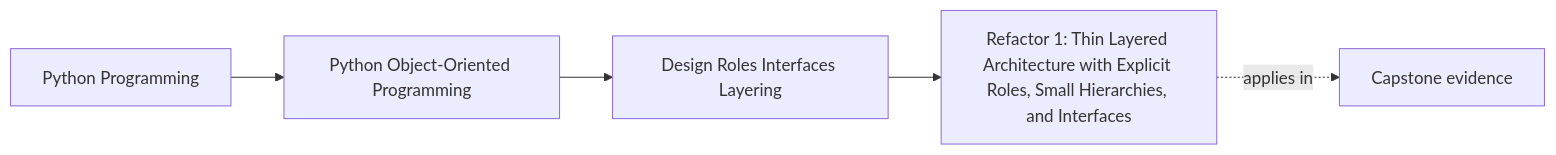
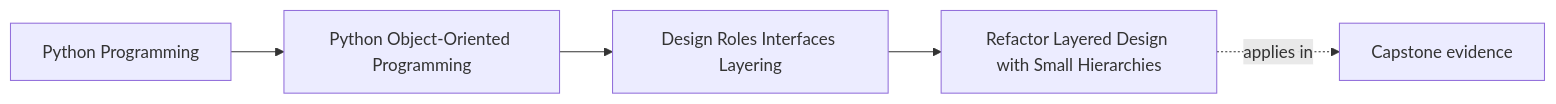
Before and after one commit to bijux/bijux-masterclass: the first of 2 diagrams in programs/python-programming/python-object-oriented-programming/course-book/module-02-design-roles-interfaces-layering/refactor-layered-design-with-small-hierarchies.md, drawn with Mermaid. The commit also changed other lines of this file, not shown here.

````diff
--- a/programs/python-programming/python-object-oriented-programming/course-book/module-02-design-roles-interfaces-layering/refactor-layered-design-with-small-hierarchies.md
+++ b/programs/python-programming/python-object-oriented-programming/course-book/module-02-design-roles-interfaces-layering/refactor-layered-design-with-small-hierarchies.md
@@ -7,11 +6,11 @@
 ```mermaid
 graph LR
   family["Python Programming"]
   program["Python Object-Oriented Programming"]
   section["Design Roles Interfaces Layering"]
-  page["Refactor 1: Thin Layered Architecture with Explicit Roles, Small Hierarchies, and Interfaces"]
+  page["Refactor Layered Design with Small Hierarchies"]
   capstone["Capstone evidence"]
 
   family --> program --> section --> page
   page -.applies in.-> capstone
 ```
````
